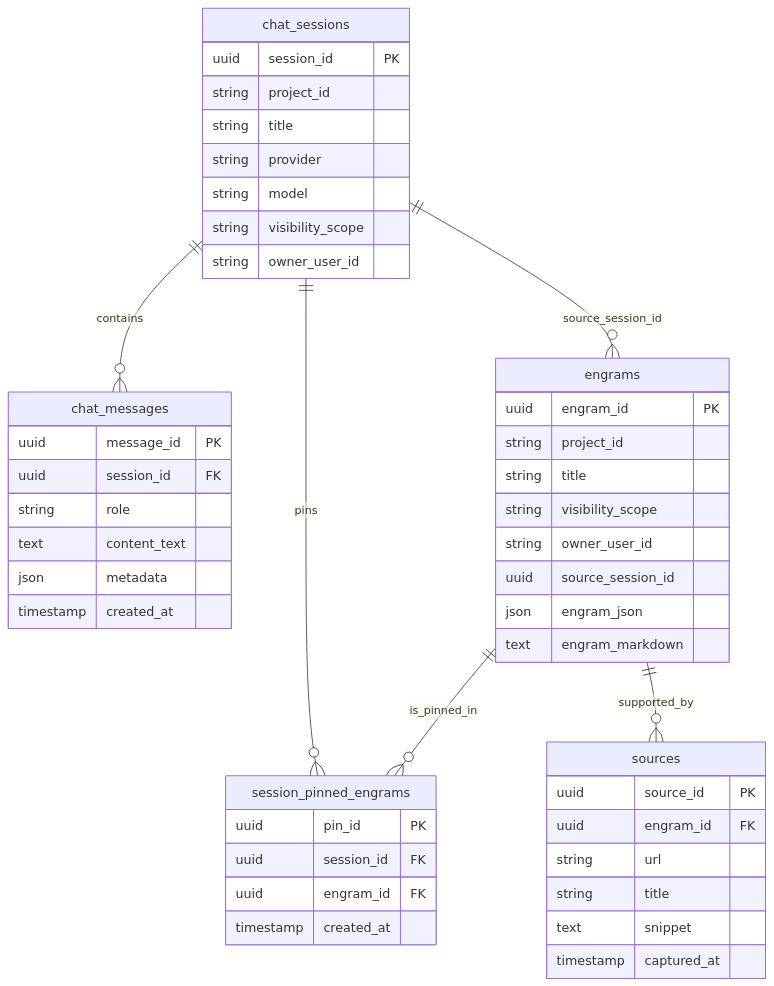
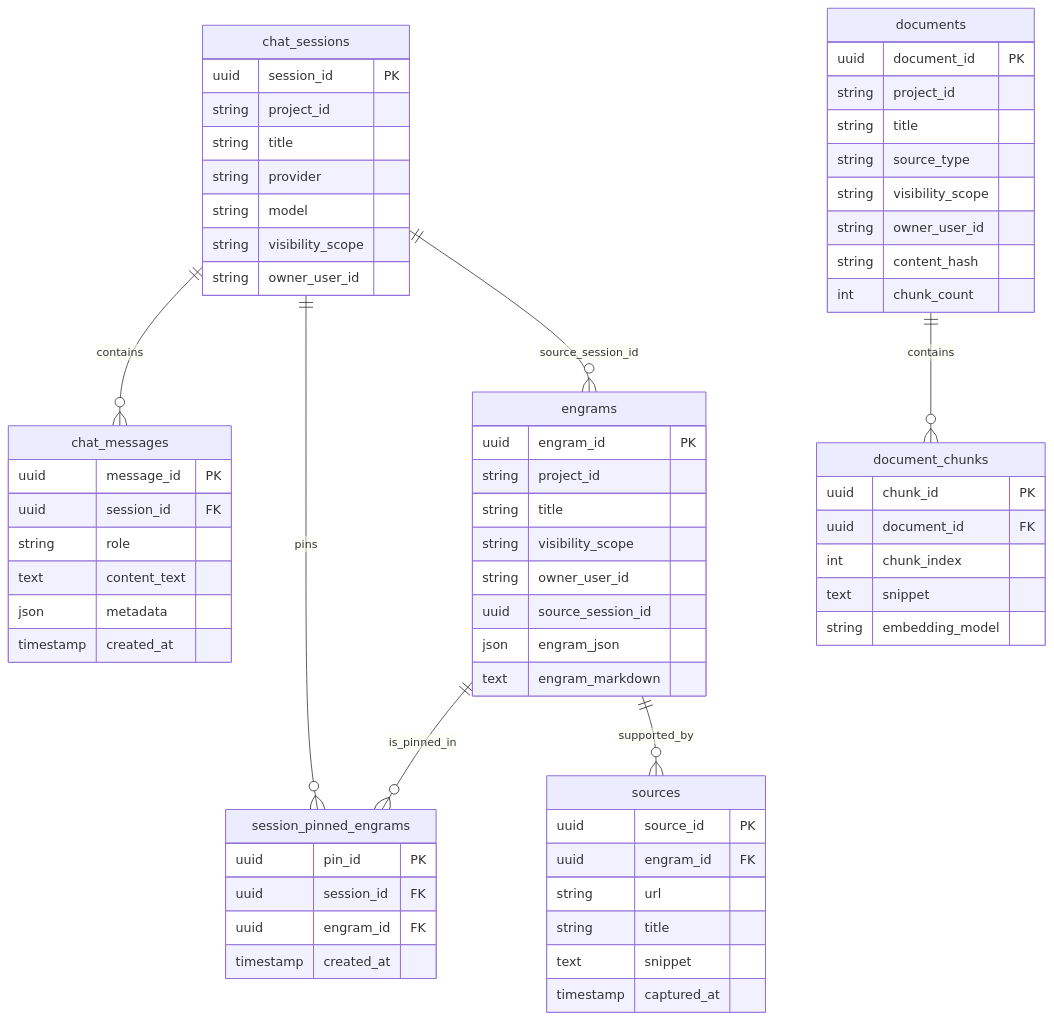
One commit to mukundhan94/continuwitty changed the sixth of 6 diagrams in docs/architecture-playbook.md. Above: the diagram before and after it, drawn with Mermaid. The commit also changed other lines of this file and 46 other files, not shown here.

````diff
--- a/docs/architecture-playbook.md
+++ b/docs/architecture-playbook.md
@@ -364,54 +394,74 @@
 ```mermaid
 erDiagram
     chat_sessions ||--o{ chat_messages : "contains"
     chat_sessions ||--o{ session_pinned_engrams : "pins"
     engrams ||--o{ session_pinned_engrams : "is_pinned_in"
     engrams ||--o{ sources : "supported_by"
     chat_sessions ||--o{ engrams : "source_session_id"
+    documents ||--o{ document_chunks : "contains"
 
     chat_sessions {
         uuid session_id PK
         string project_id
         string title
         string provider
         string model
         string visibility_scope
         string owner_user_id
     }
 
     chat_messages {
         uuid message_id PK
         uuid session_id FK
         string role
         text content_text
         json metadata
         timestamp created_at
     }
 
     session_pinned_engrams {
         uuid pin_id PK
         uuid session_id FK
         uuid engram_id FK
         timestamp created_at
     }
 
     engrams {
         uuid engram_id PK
         string project_id
         string title
         string visibility_scope
         string owner_user_id
         uuid source_session_id
         json engram_json
         text engram_markdown
     }
 
     sources {
         uuid source_id PK
         uuid engram_id FK
         string url
         string title
         text snippet
         timestamp captured_at
     }
+
+    documents {
+        uuid document_id PK
+        string project_id
+        string title
+        string source_type
+        string visibility_scope
+        string owner_user_id
+        string content_hash
+        int chunk_count
+    }
+
+    document_chunks {
+        uuid chunk_id PK
+        uuid document_id FK
+        int chunk_index
+        text snippet
+        string embedding_model
+    }
 ```
````
